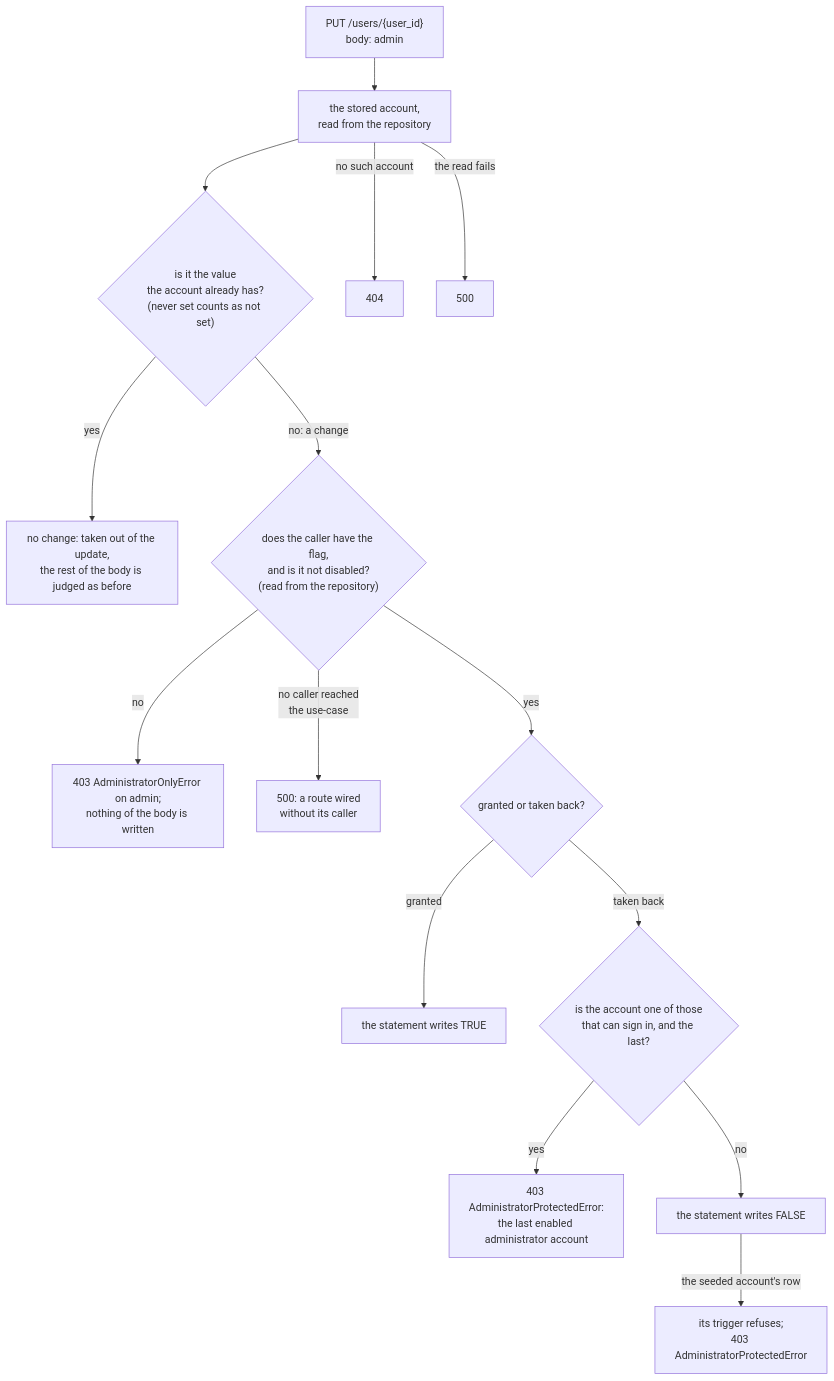
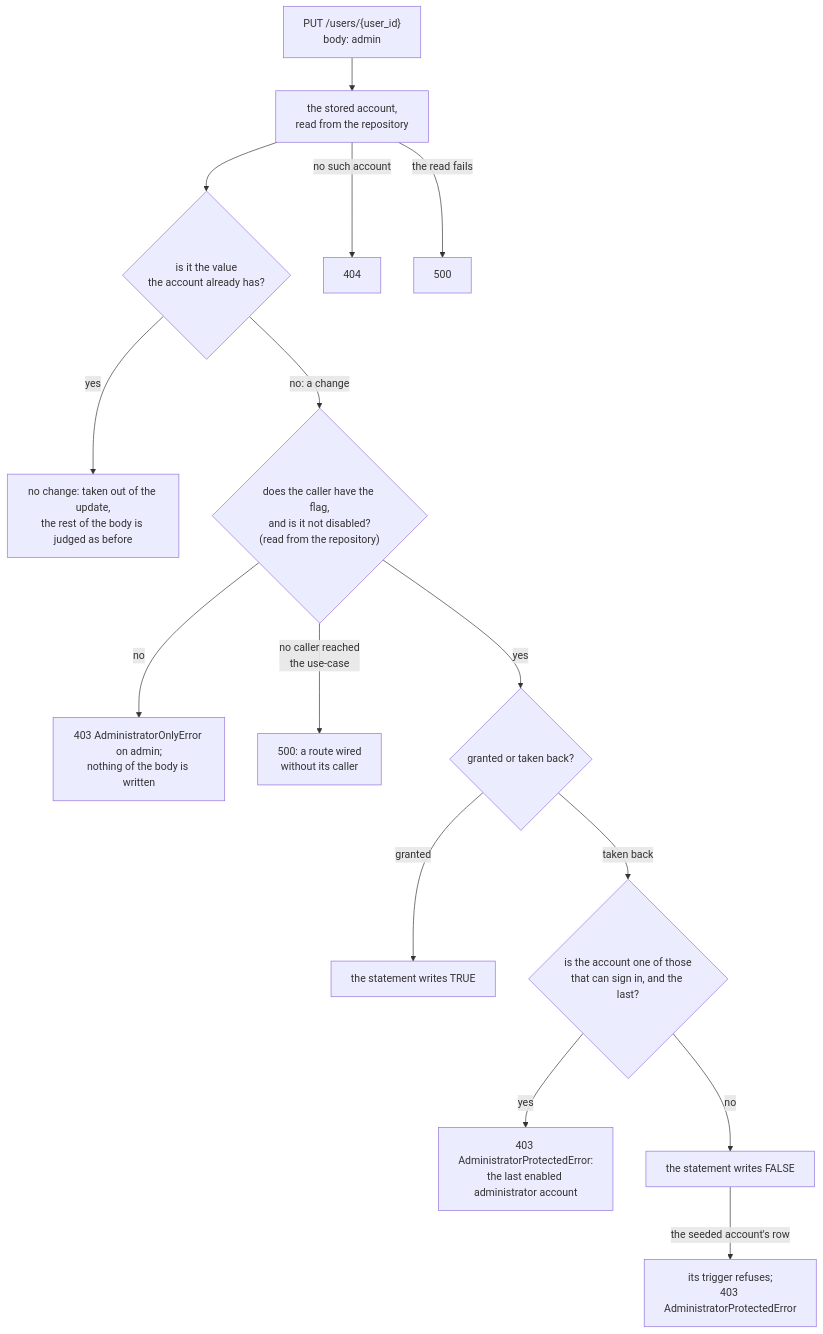
Before and after one commit to p2p-b2b/go-rest-api-service-template: the eighth of 9 diagrams in docs/architecture/security.md, drawn with Mermaid. The commit also changed other lines of this file and 15 other files, not shown here.

First line of the commit message:
fix(users): an account's flags are never NULL (#144)

````diff
--- a/docs/architecture/security.md
+++ b/docs/architecture/security.md
@@ -502,17 +502,17 @@
 ```mermaid
 flowchart TD
     R["PUT /users/{user_id}<br/>body: admin"] --> S["the stored account,<br/>read from the repository"]
-    S --> E{"is it the value<br/>the account already has?<br/>(never set counts as not set)"}
+    S --> E{"is it the value<br/>the account already has?"}
     S -- "no such account" --> NF["404"]
     S -- "the read fails" --> IE["500"]
     E -- yes --> N["no change: taken out of the update,<br/>the rest of the body is judged as before"]
     E -- "no: a change" --> C{"does the caller have the flag,<br/>and is it not disabled?<br/>(read from the repository)"}
     C -- no --> F["403 AdministratorOnlyError on admin;<br/>nothing of the body is written"]
     C -- "no caller reached<br/>the use-case" --> W["500: a route wired<br/>without its caller"]
     C -- yes --> D{"granted or taken back?"}
     D -- granted --> U["the statement writes TRUE"]
     D -- "taken back" --> L{"is the account one of those<br/>that can sign in, and the last?"}
     L -- yes --> P["403 AdministratorProtectedError:<br/>the last enabled administrator account"]
     L -- no --> T["the statement writes FALSE"]
     T -- "the seeded account's row" --> B["its trigger refuses;<br/>403 AdministratorProtectedError"]
 ```
````
